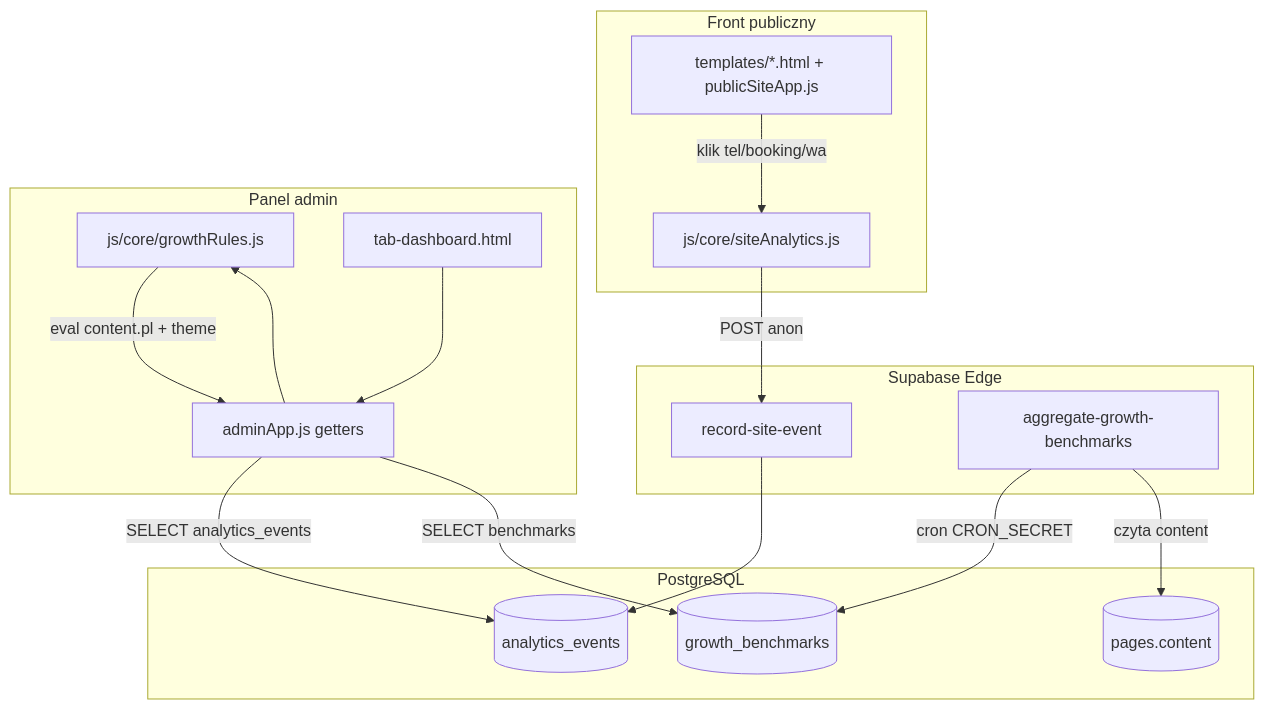
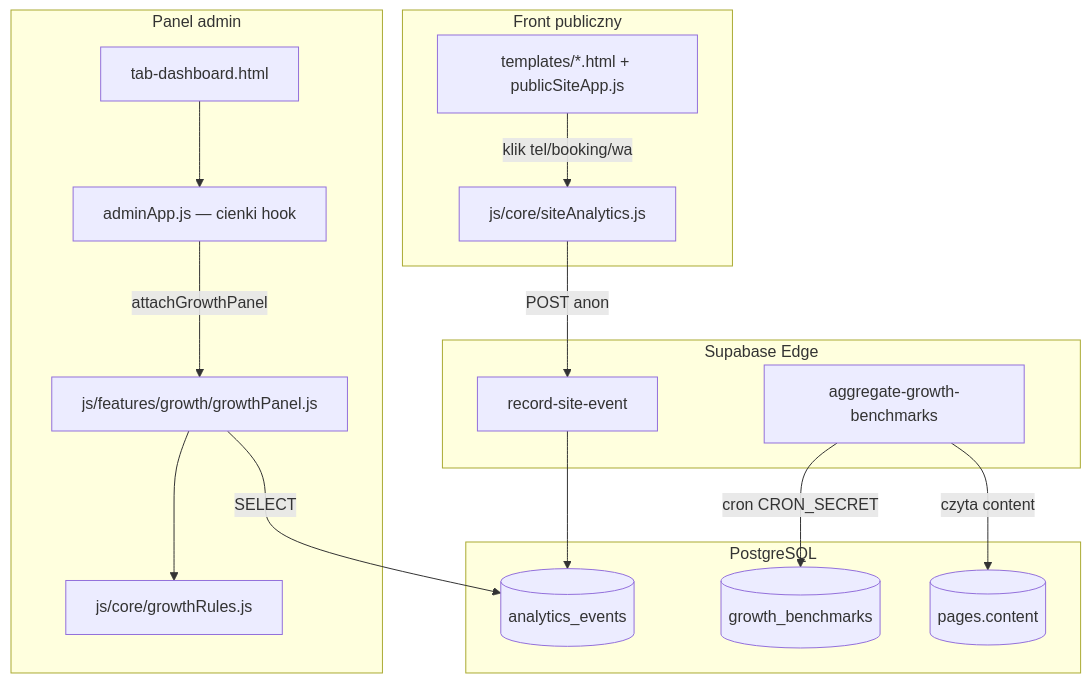
The diagram in docs/GROWTH_AUTOPILOT_ARCHITECTURE.md (darkov89/dfopscms), drawn with Mermaid before and after one commit. The commit also changed other lines of this file and 30 other files, not shown here.

````diff
--- a/docs/GROWTH_AUTOPILOT_ARCHITECTURE.md
+++ b/docs/GROWTH_AUTOPILOT_ARCHITECTURE.md
@@ -55,35 +55,35 @@
 ```mermaid
 flowchart TB
   subgraph public [Front publiczny]
     T[templates/*.html + publicSiteApp.js]
     SA[js/core/siteAnalytics.js]
     T -->|klik tel/booking/wa| SA
   end
 
   subgraph edge [Supabase Edge]
     RSE[record-site-event]
     AGB[aggregate-growth-benchmarks]
   end
 
   subgraph db [PostgreSQL]
     AE[(analytics_events)]
     GB[(growth_benchmarks)]
     P[(pages.content)]
   end
 
   subgraph panel [Panel admin]
     GR[js/core/growthRules.js]
-    AA[adminApp.js getters]
+    GP[js/features/growth/growthPanel.js]
+    AA[adminApp.js — cienki hook]
     TD[tab-dashboard.html]
   end
 
   SA -->|POST anon| RSE
   RSE --> AE
   AGB -->|cron CRON_SECRET| GB
   AGB -->|czyta content| P
-  AA -->|SELECT analytics_events| AE
-  AA -->|SELECT benchmarks| GB
-  AA --> GR
-  GR -->|eval content.pl + theme| AA
+  GP --> GR
+  GP -->|SELECT| AE
+  AA -->|attachGrowthPanel| GP
   TD --> AA
 ```
````
